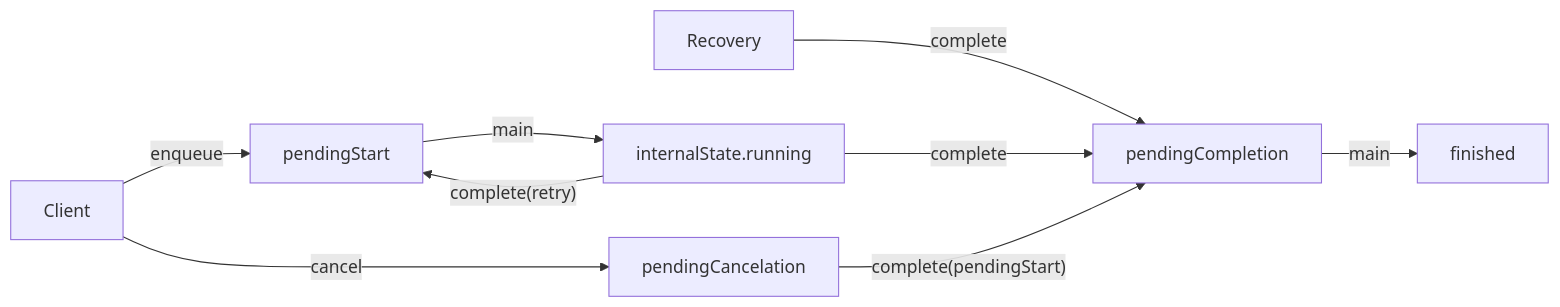
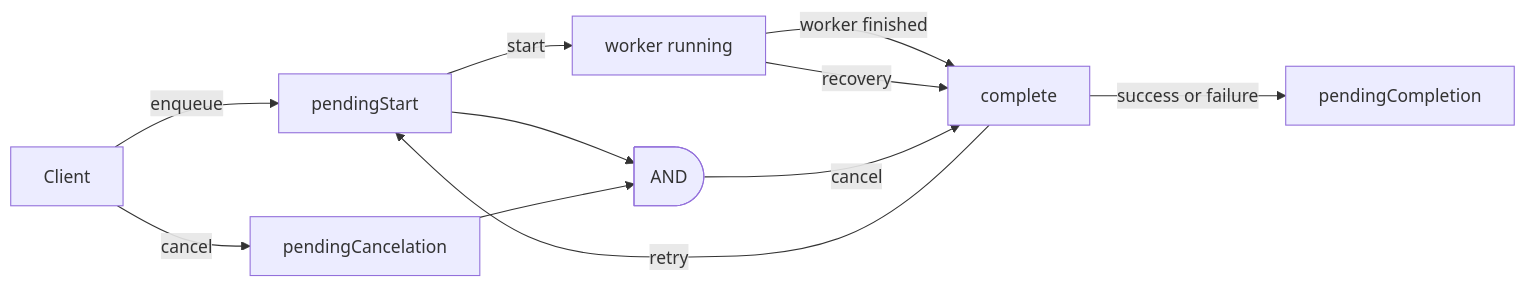
The first of 2 diagrams in src/component/README.md (get-convex/workpool), drawn with Mermaid before and after one commit.

Commit message:
document cancelation not going through pendingCompletion

````diff
--- a/src/component/README.md
+++ b/src/component/README.md
@@ -24,11 +24,13 @@
 ```mermaid
 flowchart LR
     Client -->|enqueue| pendingStart
     Client -->|cancel| pendingCancelation
-    Recovery-->|complete| pendingCompletion
-    pendingStart -->|main| workerRunning["internalState.running"]
-    workerRunning-->|"complete(retry)"| pendingStart
-    workerRunning-->|complete| pendingCompletion
-    pendingCompletion-->|"main"| finished
-    pendingCancelation-->|"complete(pendingStart)"| pendingCompletion
+    complete -->|retry| pendingStart
+    complete --> |success or failure| pendingCompletion
+    pendingStart -->|start| workerRunning["worker running"]
+    workerRunning -->|worker finished| complete
+    workerRunning --> |recovery| complete
+    successfulCancel["AND"]@{shape: delay} --> |cancel| complete
+    pendingStart --> successfulCancel
+    pendingCancelation --> successfulCancel
 ```
````
